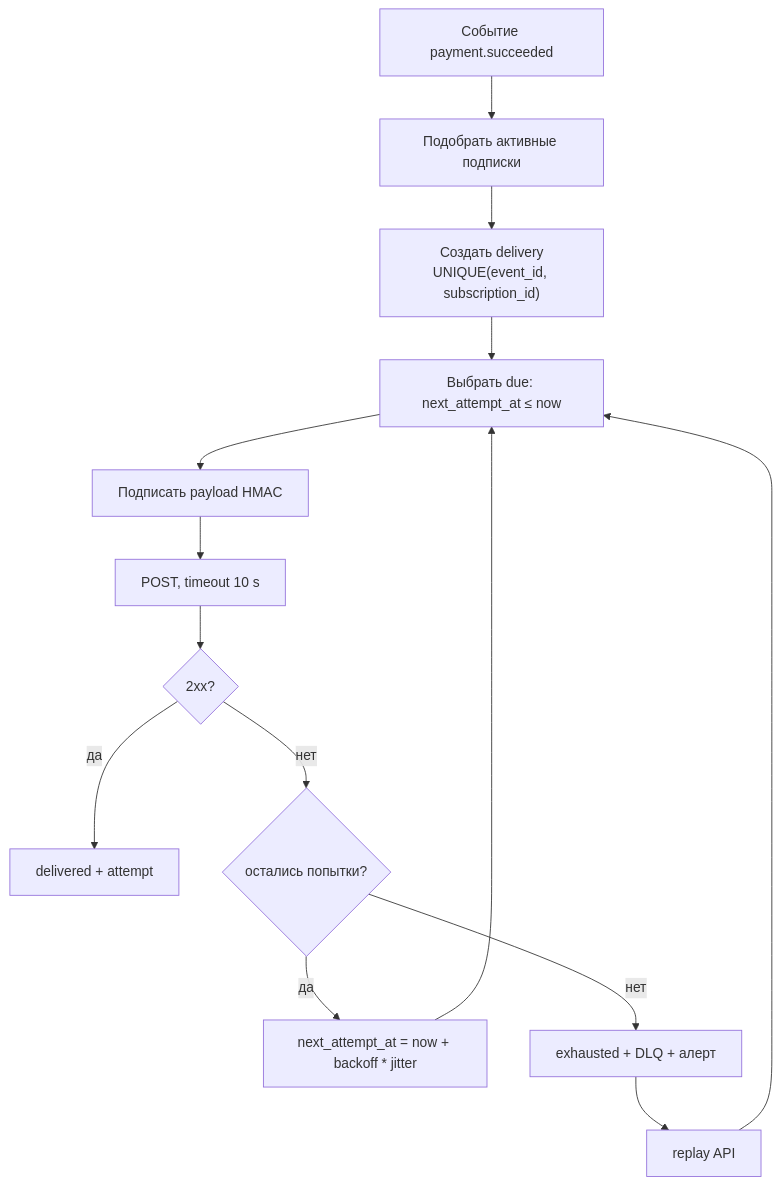
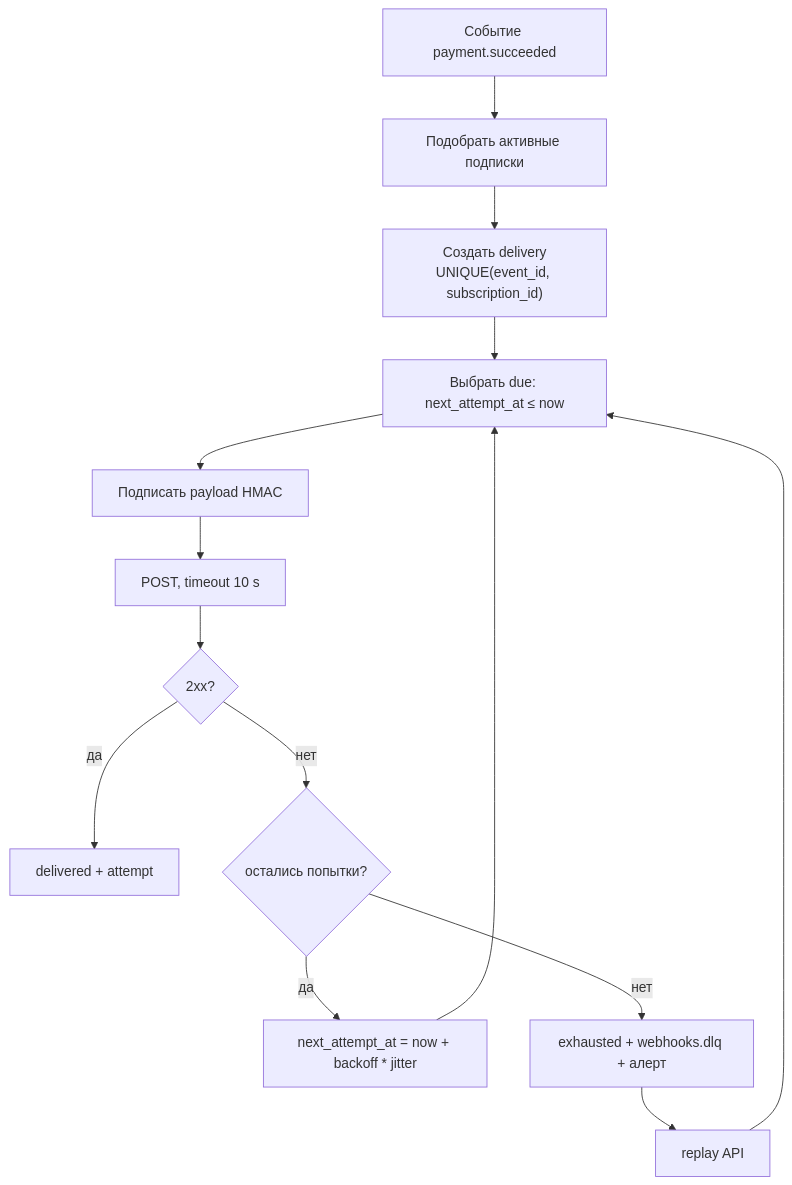
The seventh of 9 diagrams in README.md (MCtop4ik/PaymentTransactions), drawn with Mermaid before and after one commit. The commit also changed other lines of this file, not shown here.

````diff
--- a/README.md
+++ b/README.md
@@ -543,16 +544,16 @@
 ```mermaid
 flowchart TD
     e["Событие payment.succeeded"] --> m["Подобрать активные подписки"]
     m --> d["Создать delivery<br/>UNIQUE(event_id, subscription_id)"]
     d --> s["Выбрать due: next_attempt_at ≤ now"]
     s --> sign["Подписать payload HMAC"]
     sign --> post["POST, timeout 10 s"]
     post --> ok{"2xx?"}
     ok -->|"да"| done["delivered + attempt"]
     ok -->|"нет"| cnt{"остались попытки?"}
     cnt -->|"да"| bo["next_attempt_at = now + backoff * jitter"]
     bo --> s
-    cnt -->|"нет"| dlq["exhausted + DLQ + алерт"]
+    cnt -->|"нет"| dlq["exhausted + webhooks.dlq + алерт"]
     dlq --> replay["replay API"]
     replay --> s
 ```
````
